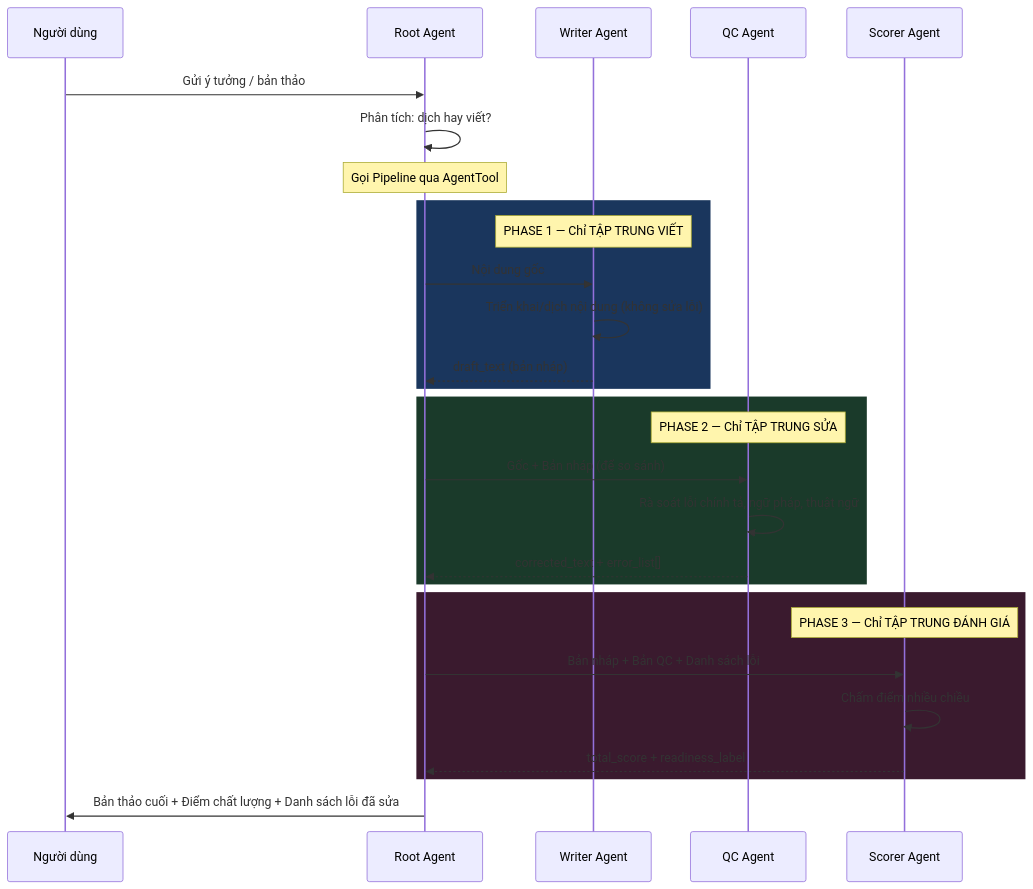
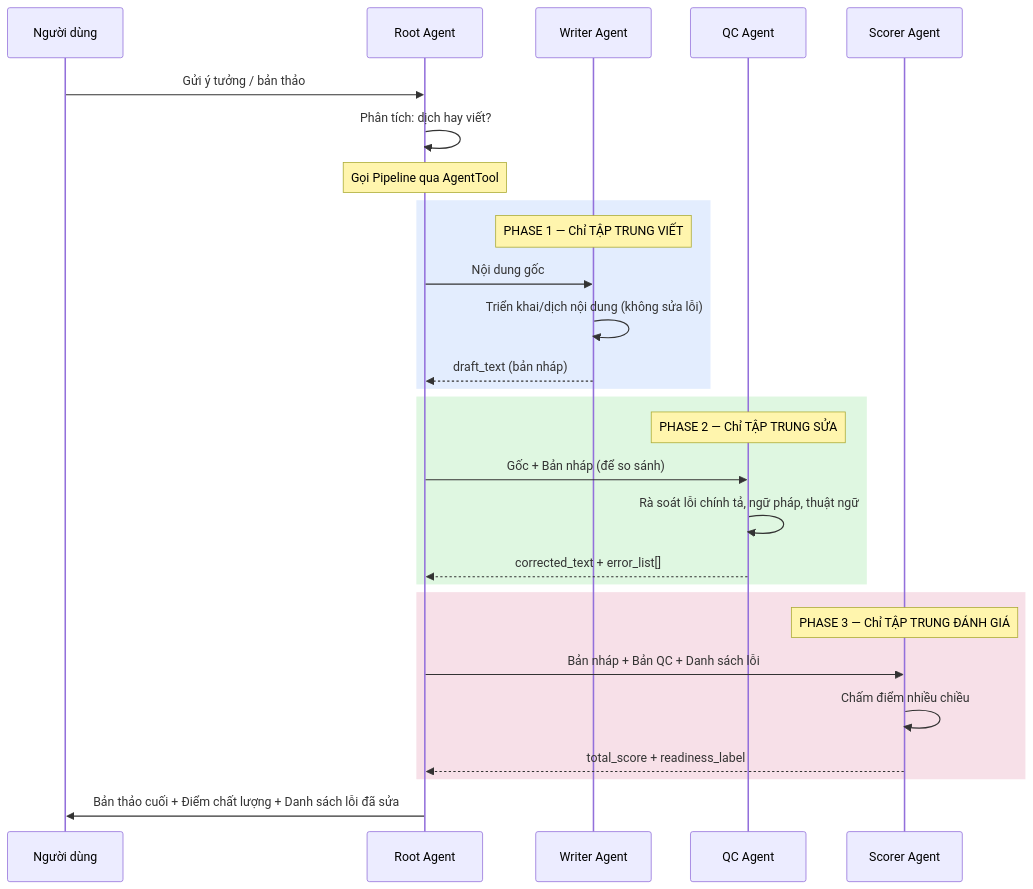
Before and after one commit to CoderFake/weup-test: the second of 2 diagrams in deliverables.md, drawn with Mermaid.

````diff
--- a/deliverables.md
+++ b/deliverables.md
@@ -71,36 +71,36 @@
 ```mermaid
 sequenceDiagram
     participant U as Người dùng
     participant R as Root Agent
     participant W as Writer Agent
     participant Q as QC Agent
     participant S as Scorer Agent
 
     U->>R: Gửi ý tưởng / bản thảo
     R->>R: Phân tích: dịch hay viết?
     
     Note over R: Gọi Pipeline qua AgentTool
     
-    rect rgb(26, 54, 93)
+    rect rgba(66, 135, 245, 0.15)
     Note over W: PHASE 1 — Chỉ TẬP TRUNG VIẾT
     R->>W: Nội dung gốc
     W->>W: Triển khai/dịch nội dung (không sửa lỗi)
     W-->>R: draft_text (bản nháp)
     end
     
-    rect rgb(26, 58, 42)
+    rect rgba(45, 201, 55, 0.15)
     Note over Q: PHASE 2 — Chỉ TẬP TRUNG SỬA
     R->>Q: Gốc + Bản nháp (để so sánh)
     Q->>Q: Rà soát lỗi chính tả, ngữ pháp, thuật ngữ
     Q-->>R: corrected_text + error_list[]
     end
     
-    rect rgb(58, 26, 46)
+    rect rgba(200, 50, 100, 0.15)
     Note over S: PHASE 3 — Chỉ TẬP TRUNG ĐÁNH GIÁ
     R->>S: Bản nháp + Bản QC + Danh sách lỗi
     S->>S: Chấm điểm nhiều chiều
     S-->>R: total_score + readiness_label
     end
     
     R->>U: Bản thảo cuối + Điểm chất lượng + Danh sách lỗi đã sửa
 ```
````
